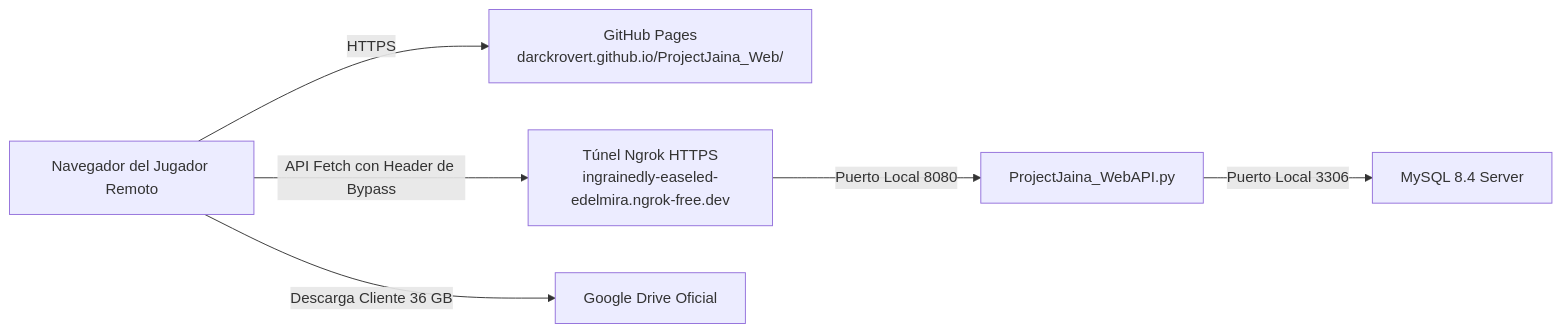
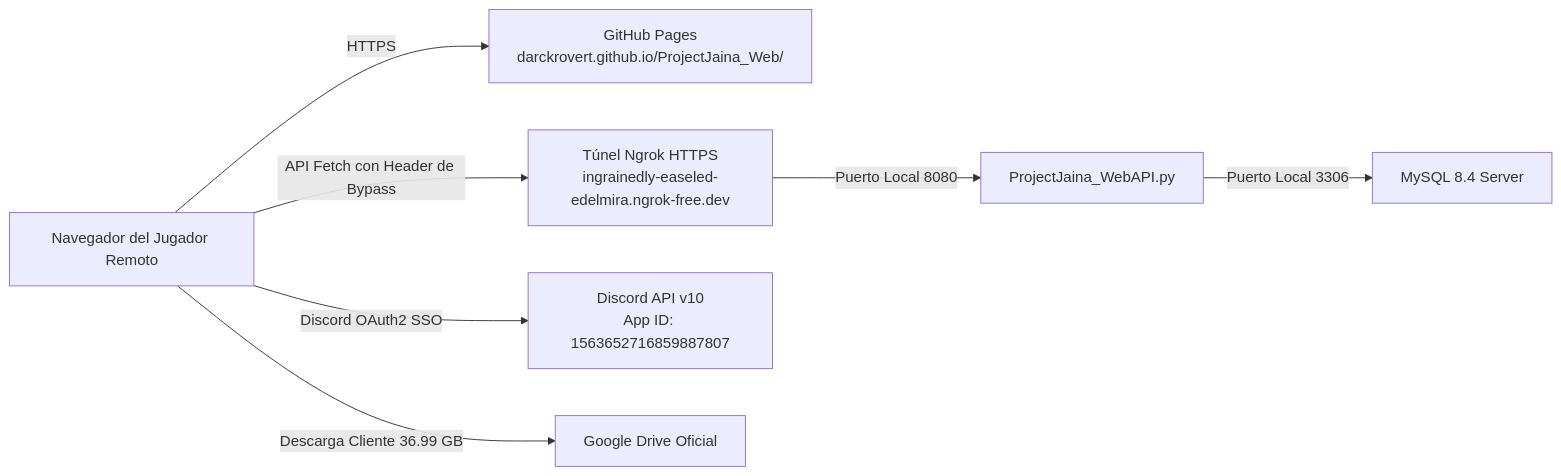
Before and after one commit to DarckRovert/ProjectJaina_Web: the diagram in GOVERNANCE.md, drawn with Mermaid. The commit also changed other lines of this file and 2 other files, not shown here.

Commit message:
docs(governance): update portal governance, Discord Sentinel SSO, legal compliance and architecture

````diff
--- a/GOVERNANCE.md
+++ b/GOVERNANCE.md
@@ -24,8 +24,9 @@
 ```mermaid
 flowchart LR
     Browser[Navegador del Jugador Remoto] -->|HTTPS| GHPages[GitHub Pages<br/>darckrovert.github.io/ProjectJaina_Web/]
     Browser -->|API Fetch con Header de Bypass| Ngrok[Túnel Ngrok HTTPS<br/>ingrainedly-easeled-edelmira.ngrok-free.dev]
     Ngrok -->|Puerto Local 8080| WebAPI[ProjectJaina_WebAPI.py]
     WebAPI -->|Puerto Local 3306| MySQL[MySQL 8.4 Server]
-    Browser -->|Descarga Cliente 36 GB| GDrive[Google Drive Oficial]
+    Browser -->|Discord OAuth2 SSO| Discord[Discord API v10<br/>App ID: 1563652716859887807]
+    Browser -->|Descarga Cliente 36.99 GB| GDrive[Google Drive Oficial]
 ```
````
